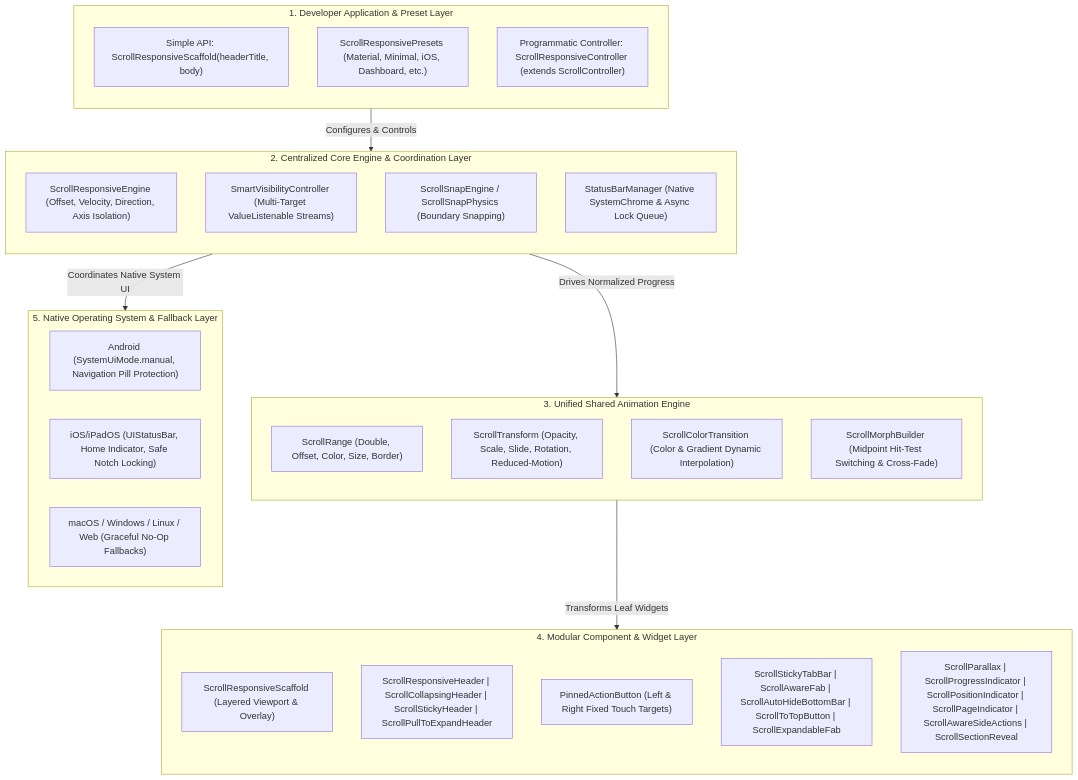
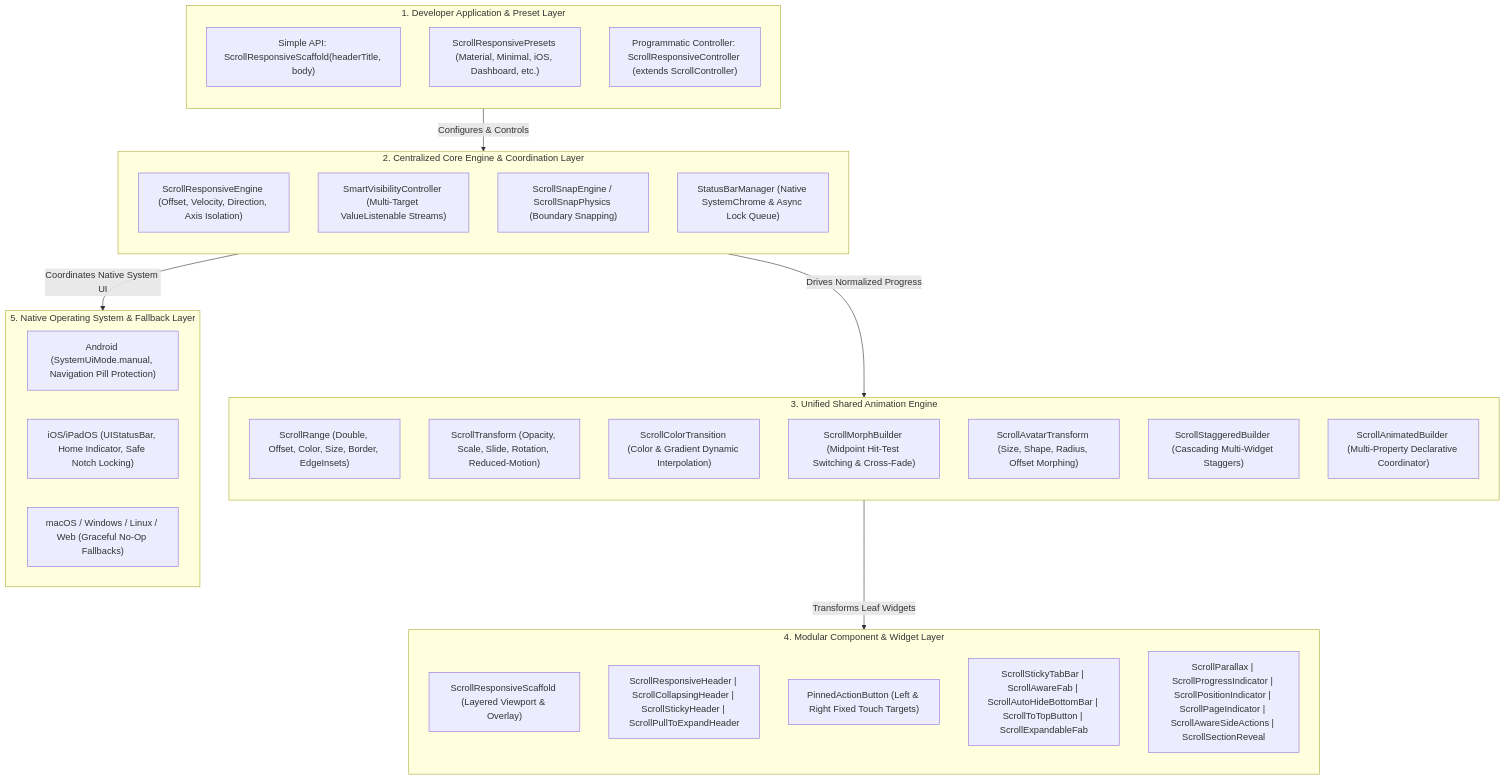
The first of 3 diagrams in ARCHITECTURE.md (juwelzan/app_bar_ui), drawn with Mermaid before and after one commit. The commit also changed 7 other files, not shown here.

Commit message:
feat(phase-6): implement unified animation engine (avatar transform, staggered builder, animated builder, universal scroll ranges)

````diff
--- a/ARCHITECTURE.md
+++ b/ARCHITECTURE.md
@@ -7,45 +7,48 @@
 ```mermaid
 flowchart TD
     subgraph ClientLayer["1. Developer Application & Preset Layer"]
         direction TB
         SimpleUsage["Simple API: ScrollResponsiveScaffold(headerTitle, body)"]
         PresetSystem["ScrollResponsivePresets (Material, Minimal, iOS, Dashboard, etc.)"]
         AdvancedController["Programmatic Controller: ScrollResponsiveController (extends ScrollController)"]
     end
 
     subgraph EngineLayer["2. Centralized Core Engine & Coordination Layer"]
         direction TB
         ScrollEngine["ScrollResponsiveEngine (Offset, Velocity, Direction, Axis Isolation)"]
         VisibilityEngine["SmartVisibilityController (Multi-Target ValueListenable Streams)"]
         SnapEngine["ScrollSnapEngine / ScrollSnapPhysics (Boundary Snapping)"]
         SystemUIManager["StatusBarManager (Native SystemChrome & Async Lock Queue)"]
     end
 
     subgraph AnimationLayer["3. Unified Shared Animation Engine"]
         direction TB
-        ScrollRange["ScrollRange<T> (Double, Offset, Color, Size, Border)"]
+        ScrollRange["ScrollRange<T> (Double, Offset, Color, Size, Border, EdgeInsets)"]
         ScrollTransform["ScrollTransform (Opacity, Scale, Slide, Rotation, Reduced-Motion)"]
         ColorTween["ScrollColorTransition (Color & Gradient Dynamic Interpolation)"]
         MorphBuilder["ScrollMorphBuilder (Midpoint Hit-Test Switching & Cross-Fade)"]
+        AvatarTransform["ScrollAvatarTransform (Size, Shape, Radius, Offset Morphing)"]
+        StaggeredAnim["ScrollStaggeredBuilder (Cascading Multi-Widget Staggers)"]
+        AnimatedBuilder["ScrollAnimatedBuilder (Multi-Property Declarative Coordinator)"]
     end
 
     subgraph ComponentLayer["4. Modular Component & Widget Layer"]
         direction TB
         MasterScaffold["ScrollResponsiveScaffold (Layered Viewport & Overlay)"]
         HeaderModules["ScrollResponsiveHeader | ScrollCollapsingHeader | ScrollStickyHeader | ScrollPullToExpandHeader"]
         ActionModules["PinnedActionButton (Left & Right Fixed Touch Targets)"]
         NavModules["ScrollStickyTabBar | ScrollAwareFab | ScrollAutoHideBottomBar | ScrollToTopButton | ScrollExpandableFab"]
         ViewportModules["ScrollParallax | ScrollProgressIndicator | ScrollPositionIndicator | ScrollPageIndicator | ScrollAwareSideActions | ScrollSectionReveal"]
     end
 
     subgraph PlatformLayer["5. Native Operating System & Fallback Layer"]
         AndroidSys["Android (SystemUiMode.manual, Navigation Pill Protection)"]
         IosSys["iOS/iPadOS (UIStatusBar, Home Indicator, Safe Notch Locking)"]
         DesktopWeb["macOS / Windows / Linux / Web (Graceful No-Op Fallbacks)"]
     end
 
     ClientLayer -->|Configures & Controls| EngineLayer
     EngineLayer -->|Drives Normalized Progress| AnimationLayer
     AnimationLayer -->|Transforms Leaf Widgets| ComponentLayer
     EngineLayer -->|Coordinates Native System UI| PlatformLayer
 ```
````
